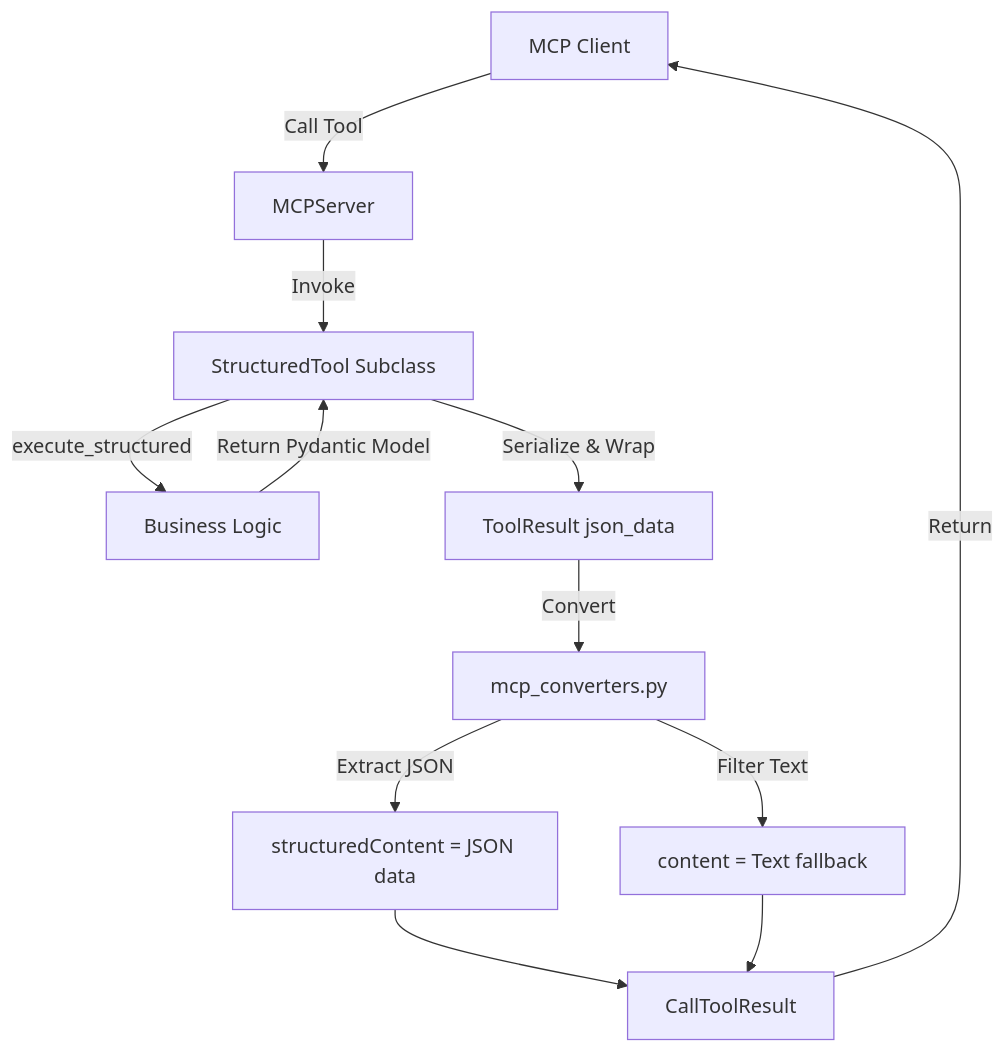
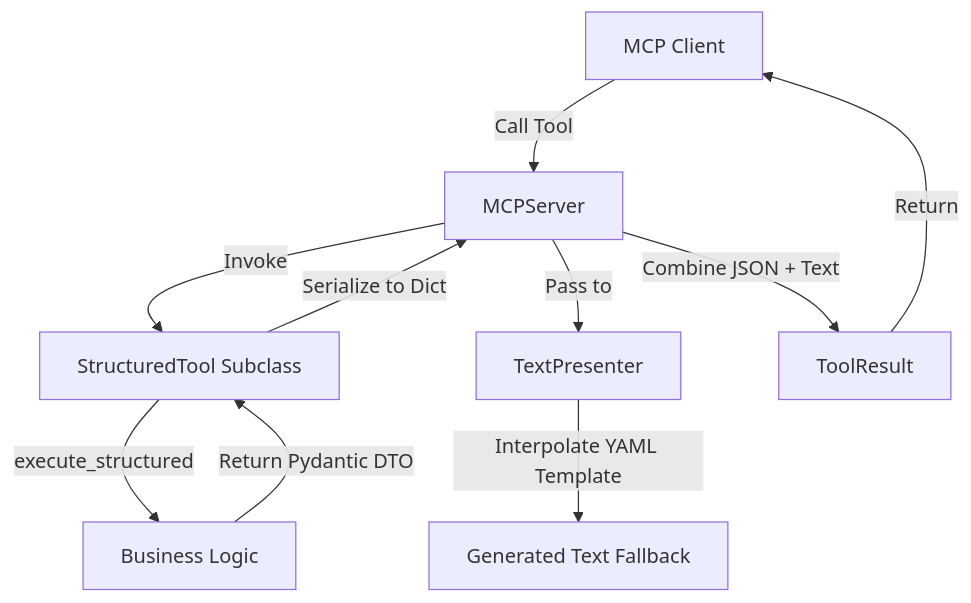
One commit to MikeyVK/phase-gate-mcp changed the second of 2 diagrams in docs/development/issue402/design.md. Above: the diagram before and after it, drawn with Mermaid. The commit also changed other lines of this file and 1 other file, not shown here.

Commit message:
docs(P_DESIGN): Design for #402: Expose JSON data in MCP tools (#402)

````diff
--- a/docs/development/issue402/design.md
+++ b/docs/development/issue402/design.md
@@ -151,14 +111,12 @@
 ```mermaid
 graph TD
     Client[MCP Client] -->|Call Tool| Server[MCPServer]
     Server -->|Invoke| Tool[StructuredTool Subclass]
     Tool -->|execute_structured| Exec[Business Logic]
-    Exec -->|Return Pydantic Model| Tool
-    Tool -->|Serialize & Wrap| Result[ToolResult json_data]
-    Result -->|Convert| Conv[mcp_converters.py]
-    Conv -->|Extract JSON| Struct[structuredContent = JSON data]
-    Conv -->|Filter Text| Cont[content = Text fallback]
-    Struct --> MCPResult[CallToolResult]
-    Cont --> MCPResult
-    MCPResult -->|Return| Client
+    Exec -->|Return Pydantic DTO| Tool
+    Tool -->|Serialize to Dict| Server
+    Server -->|Pass to| Presenter[TextPresenter]
+    Presenter -->|Interpolate YAML Template| Text[Generated Text Fallback]
+    Server -->|Combine JSON + Text| Result[ToolResult]
+    Result -->|Return| Client
 ```
````
